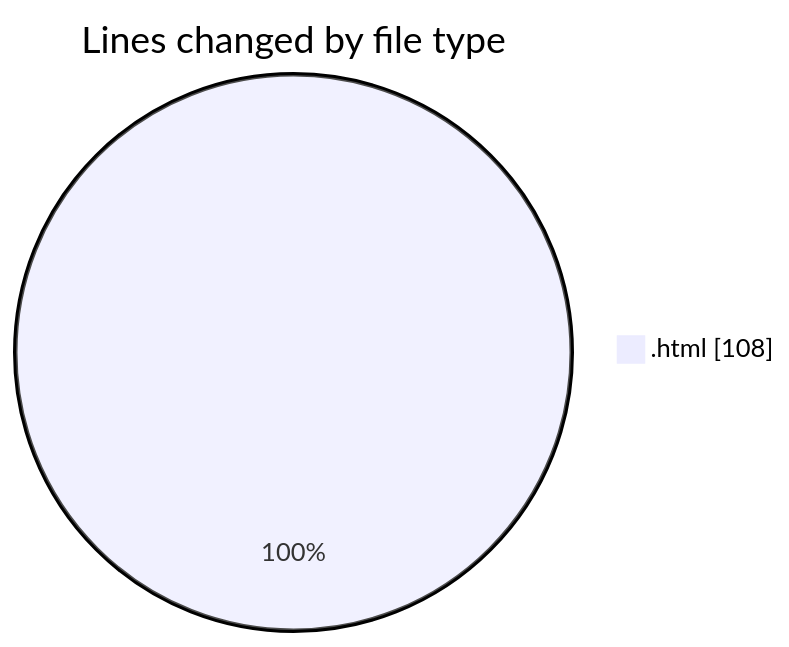
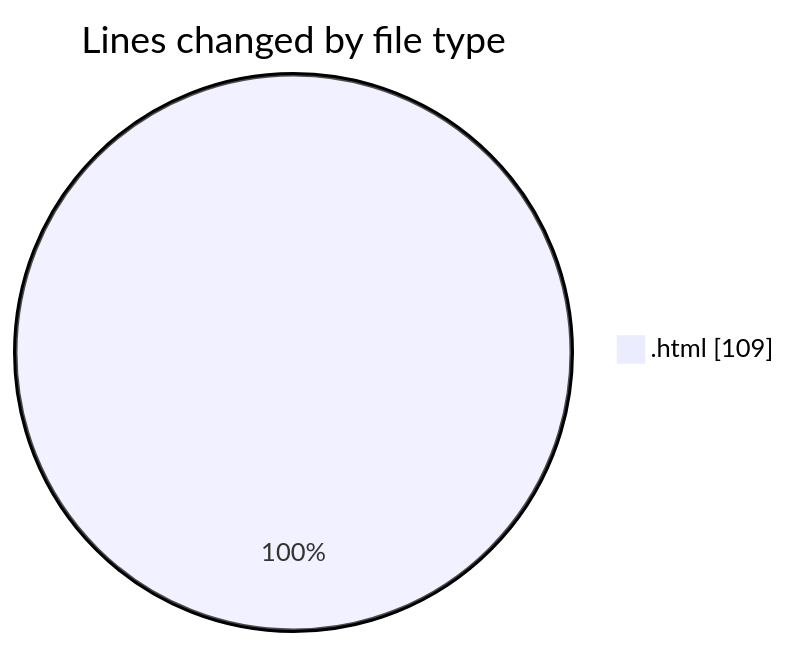
The first of 2 diagrams in 2025-10-24/javacript/README.md (nxtqubesakshisongat/code-tracking), drawn with Mermaid before and after one commit. The commit also changed other lines of this file and 1 other file, not shown here.

````diff
--- a/2025-10-24/javacript/README.md
+++ b/2025-10-24/javacript/README.md
@@ -20,5 +20,5 @@
 ```mermaid
 pie showData
 title Lines changed by file type
-".html" : 108
+".html" : 109
 ```
````
